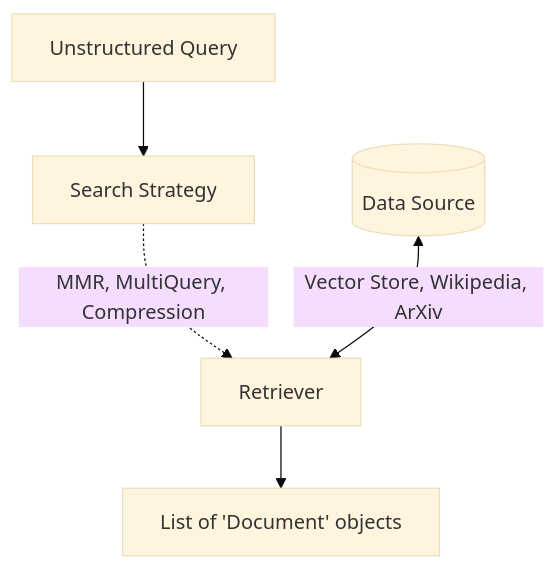
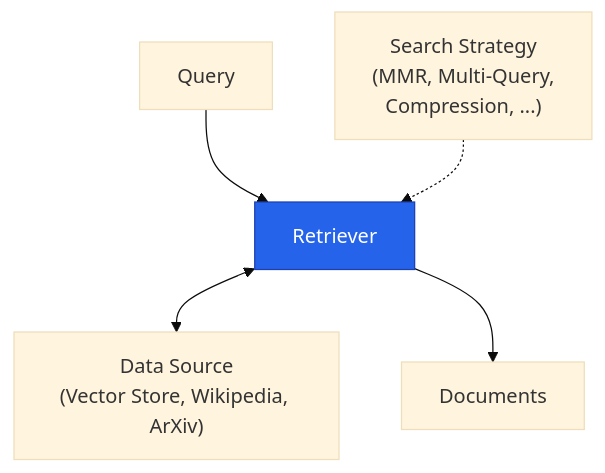
The first of 13 diagrams in RAG/Retrivers.md (satyam0singh/Agentic-AI), drawn with Mermaid (base theme) before and after one commit. The commit also changed other lines of this file, not shown here.

````diff
--- a/RAG/Retrivers.md
+++ b/RAG/Retrivers.md
@@ -60,7 +102,9 @@
 ```mermaid
 flowchart TD
-    Q[Unstructured Query] --> SS[Search Strategy]
-    SS -.->|MMR, MultiQuery, Compression| R[Retriever]
-    DS[(Data Source)] <-->|Vector Store, Wikipedia, ArXiv| R
-    R --> Docs[List of 'Document' objects]
+    Q["Query"] --> R["Retriever"]
+    SS["Search Strategy<br/>(MMR, Multi-Query,<br/>Compression, ...)"] -.-> R
+    R <--> DS["Data Source<br/>(Vector Store, Wikipedia, ArXiv)"]
+    R --> D["Documents"]
+
+    style R fill:#2563eb,color:#fff,stroke:#1e40af
 ```
````
